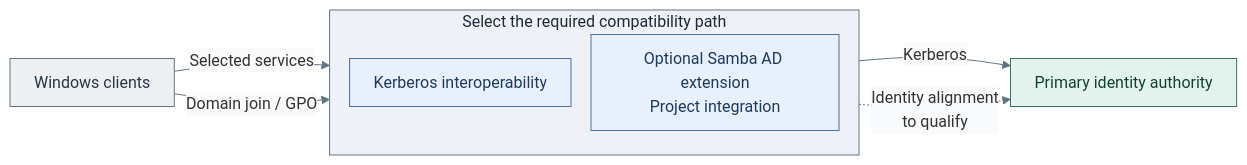
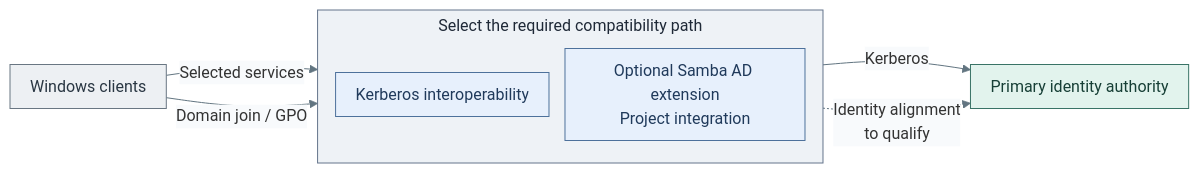
Before and after one commit to Rexus/homelab: the diagram in docs/01-architecture/09-identity/01-windows-integration.md, drawn with Mermaid. The commit also changed 108 other files, not shown here.

Commit message:
docs(diagrams): unify visual language and opening views

````diff
--- a/docs/01-architecture/09-identity/01-windows-integration.md
+++ b/docs/01-architecture/09-identity/01-windows-integration.md
@@ -9,23 +9,23 @@
 ```mermaid
-%%{init: {"theme":"base","flowchart":{"nodeSpacing":20,"rankSpacing":24,"padding":12},"themeVariables":{"lineColor":"#627581","edgeLabelBackground":"#f8fafc"}}}%%
+%%{init: {"theme":"base","flowchart":{"nodeSpacing":16,"rankSpacing":20,"padding":10,"subGraphTitleMargin":{"top":4,"bottom":12}},"themeVariables":{"lineColor":"#627581","edgeLabelBackground":"#f8fafc"}}}%%
 flowchart LR
   Windows["Windows clients"] -->|"Selected services"| Kerberos
   Windows -->|"Domain join / GPO"| Domain
   subgraph Options["Select the required compatibility path"]
     direction TB
     Kerberos["Kerberos interoperability"]
     Domain["Optional Samba AD extension<br/>Project integration"]
   end
   Authority["Primary identity authority<br/>Existing foundation"]
   Kerberos -->|"Kerberos"| Authority["Primary identity authority"]
   Domain -.->|"Identity alignment<br/>to qualify"| Authority
   classDef default fill:#f8fafc,stroke:#64748b,color:#1f2937
   classDef actor fill:#edf0f3,stroke:#697682,color:#293642
   classDef services fill:#e7f0fc,stroke:#4d719b,color:#203a5b
   classDef control fill:#e2f3ed,stroke:#397366,color:#173f36
   classDef boundary fill:#eef2f6,stroke:#64748b,color:#1f2937
   class Windows actor
   class Options boundary
   class Kerberos,Domain services
   class Authority control
 ```
````
